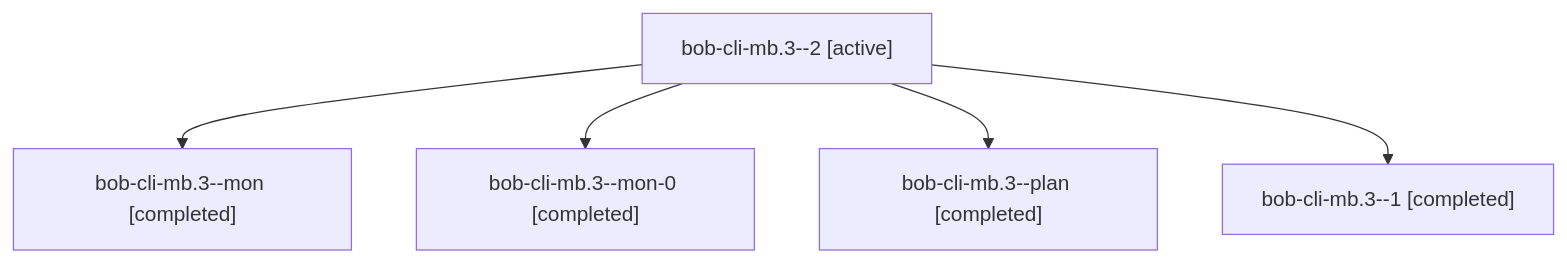
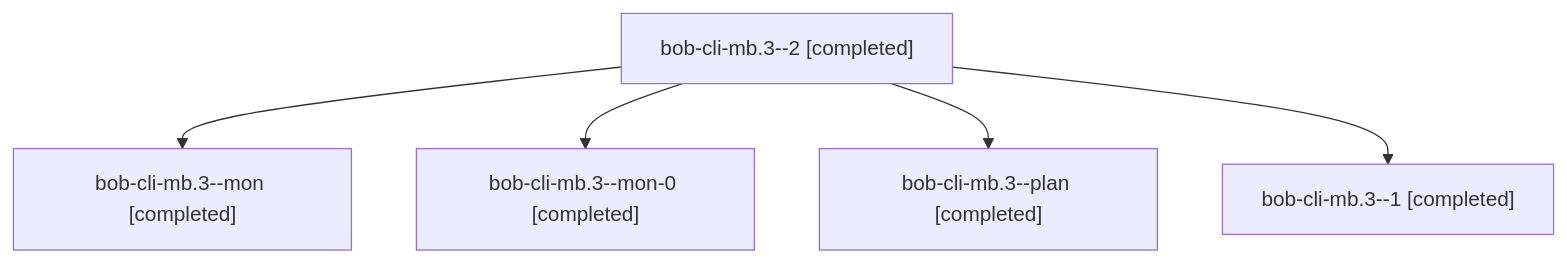
The diagram in sessions/bbugyi200.athena.bob-cli-mb.3.md (bobs-org/bob-cli--agents), drawn with Mermaid before and after one commit. The commit also changed other lines of this file and 38 other files, not shown here.

````diff
--- a/sessions/bbugyi200.athena.bob-cli-mb.3.md
+++ b/sessions/bbugyi200.athena.bob-cli-mb.3.md
@@ -9,12 +9,12 @@
 ```mermaid
 flowchart TD
-  n0["bob-cli-mb.3--2 [active]"]
+  n0["bob-cli-mb.3--2 [completed]"]
   n1["bob-cli-mb.3--mon [completed]"]
   n0 --> n1
   n2["bob-cli-mb.3--mon-0 [completed]"]
   n0 --> n2
   n3["bob-cli-mb.3--plan [completed]"]
   n0 --> n3
   n4["bob-cli-mb.3--1 [completed]"]
   n0 --> n4
 ```
````
